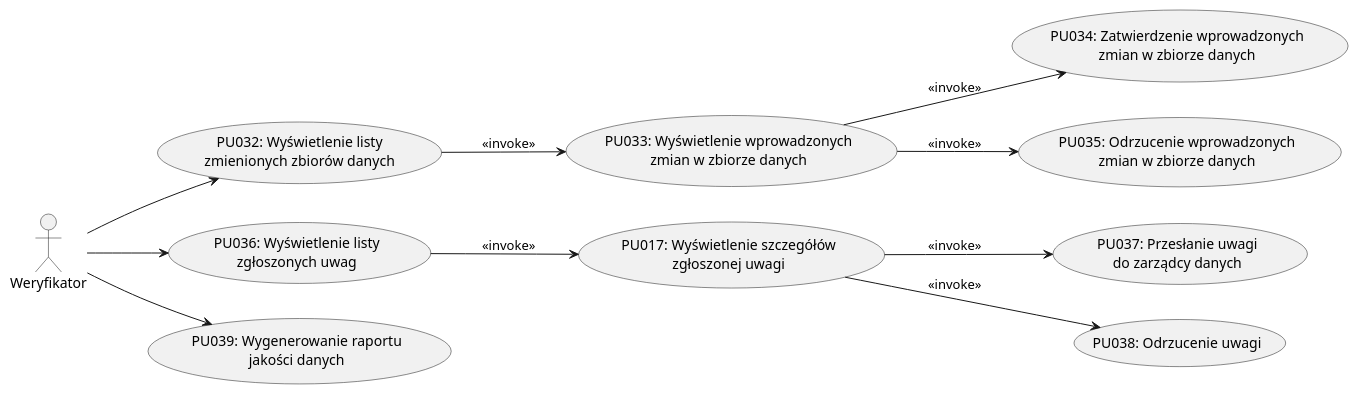
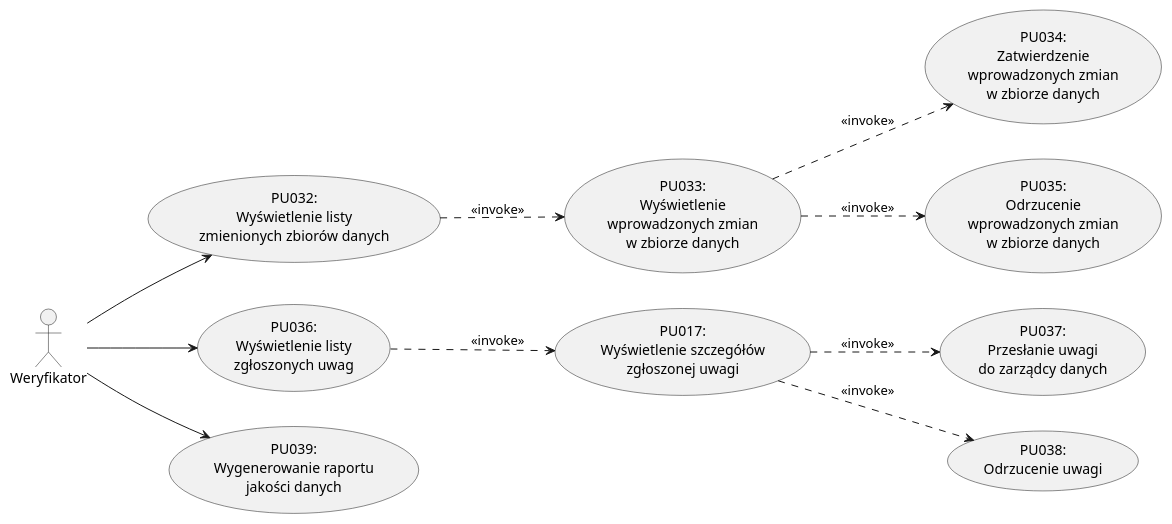
The diagram in 4. Diagramy Przypadkow/Weryfikator.puml (kokolodziejska/IWO), drawn with PlantUML before and after one commit. The commit also changed 6 other files, not shown here.

```diff
--- a/4. Diagramy Przypadkow/Weryfikator.puml
+++ b/4. Diagramy Przypadkow/Weryfikator.puml
@@ -1,30 +1,30 @@
 @startuml Weryfikator
 left to right direction
 
 actor "Weryfikator" as Verifier
 
-usecase "PU032: Wyświetlenie listy\nzmienionych zbiorów danych" as PU032
-usecase "PU033: Wyświetlenie wprowadzonych\nzmian w zbiorze danych" as PU033
-usecase "PU034: Zatwierdzenie wprowadzonych\nzmian w zbiorze danych" as PU034
-usecase "PU035: Odrzucenie wprowadzonych\nzmian w zbiorze danych" as PU035
+usecase "PU032:\nWyświetlenie listy\nzmienionych zbiorów danych" as PU032
+usecase "PU033:\nWyświetlenie\nwprowadzonych zmian\nw zbiorze danych" as PU033
+usecase "PU034:\nZatwierdzenie\nwprowadzonych zmian\nw zbiorze danych" as PU034
+usecase "PU035:\nOdrzucenie\nwprowadzonych zmian\nw zbiorze danych" as PU035
 
-usecase "PU036: Wyświetlenie listy\nzgłoszonych uwag" as PU036
-usecase "PU017: Wyświetlenie szczegółów\nzgłoszonej uwagi" as PU017
-usecase "PU037: Przesłanie uwagi\ndo zarządcy danych" as PU037
-usecase "PU038: Odrzucenie uwagi" as PU038
+usecase "PU036:\nWyświetlenie listy\nzgłoszonych uwag" as PU036
+usecase "PU017:\nWyświetlenie szczegółów\nzgłoszonej uwagi" as PU017
+usecase "PU037:\nPrzesłanie uwagi\ndo zarządcy danych" as PU037
+usecase "PU038:\nOdrzucenie uwagi" as PU038
 
-usecase "PU039: Wygenerowanie raportu\njakości danych" as PU039
+usecase "PU039:\nWygenerowanie raportu\njakości danych" as PU039
 
 Verifier --> PU032
 Verifier --> PU036
 Verifier --> PU039
 
-PU032 --> PU033 : <<invoke>>
-PU033 --> PU034 : <<invoke>>
-PU033 --> PU035 : <<invoke>>
+PU032 ..> PU033 : <<invoke>>
+PU033 ..> PU034 : <<invoke>>
+PU033 ..> PU035 : <<invoke>>
 
-PU036 --> PU017 : <<invoke>>
-PU017 --> PU037 : <<invoke>>
-PU017 --> PU038 : <<invoke>>
+PU036 ..> PU017 : <<invoke>>
+PU017 ..> PU037 : <<invoke>>
+PU017 ..> PU038 : <<invoke>>
 
 @enduml
```
